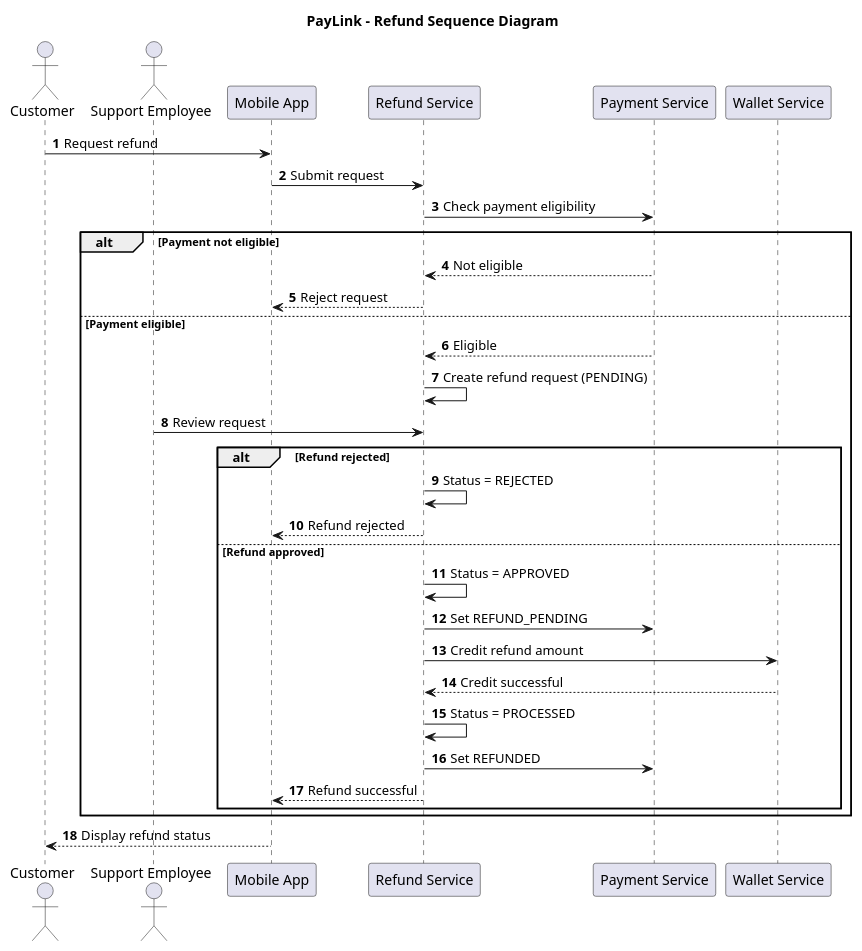
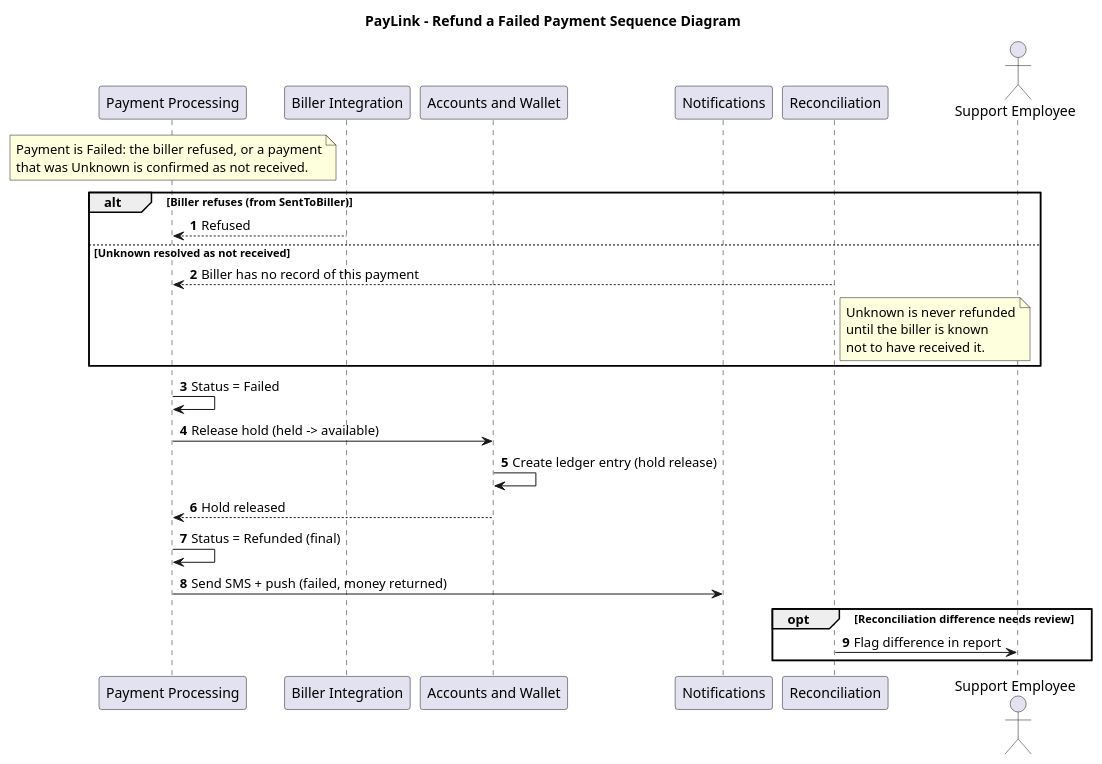
One commit to nourdeiaa/PayLink changed the diagram in docs/design/refund-sequence.puml. Above: the diagram before and after it, drawn with PlantUML. The commit also changed 1 other file, not shown here.

Commit message:
Edited ER/Refund-Sequence diagrams, Nour

```diff
--- a/docs/design/refund-sequence.puml
+++ b/docs/design/refund-sequence.puml
@@ -1,46 +1,40 @@
 @startuml
-title PayLink - Refund Sequence Diagram
+title PayLink - Refund a Failed Payment Sequence Diagram
 
 autonumber
 
-actor Customer
+participant "Payment Processing" as Pay
+participant "Biller Integration" as Adapter
+participant "Accounts and Wallet" as Wallet
+participant "Notifications" as Notif
+participant "Reconciliation" as Recon
 actor "Support Employee" as Support
 
-participant "Mobile App" as App
-participant "Refund Service" as Refund
-participant "Payment Service" as Payment
-participant "Wallet Service" as Wallet
+note over Pay
+  Payment is Failed: the biller refused, or a payment
+  that was Unknown is confirmed as not received.
+end note
 
-Customer -> App: Request refund
-App -> Refund: Submit request
-
-Refund -> Payment: Check payment eligibility
-
-alt Payment not eligible
-    Payment --> Refund: Not eligible
-    Refund --> App: Reject request
-
-else Payment eligible
-    Payment --> Refund: Eligible
-    Refund -> Refund: Create refund request (PENDING)
-
-    Support -> Refund: Review request
-
-    alt Refund rejected
-        Refund -> Refund: Status = REJECTED
-        Refund --> App: Refund rejected
-
-    else Refund approved
-        Refund -> Refund: Status = APPROVED
-        Refund -> Payment: Set REFUND_PENDING
-        Refund -> Wallet: Credit refund amount
-        Wallet --> Refund: Credit successful
-        Refund -> Refund: Status = PROCESSED
-        Refund -> Payment: Set REFUNDED
-        Refund --> App: Refund successful
-    end
+alt Biller refuses (from SentToBiller)
+    Adapter --> Pay: Refused
+else Unknown resolved as not received
+    Recon --> Pay: Biller has no record of this payment
+    note right of Recon
+      Unknown is never refunded
+      until the biller is known
+      not to have received it.
+    end note
 end
 
-App --> Customer: Display refund status
+Pay -> Pay: Status = Failed
+Pay -> Wallet: Release hold (held -> available)
+Wallet -> Wallet: Create ledger entry (hold release)
+Wallet --> Pay: Hold released
+Pay -> Pay: Status = Refunded (final)
+Pay -> Notif: Send SMS + push (failed, money returned)
+
+opt Reconciliation difference needs review
+    Recon -> Support: Flag difference in report
+end
 
 @enduml
```
